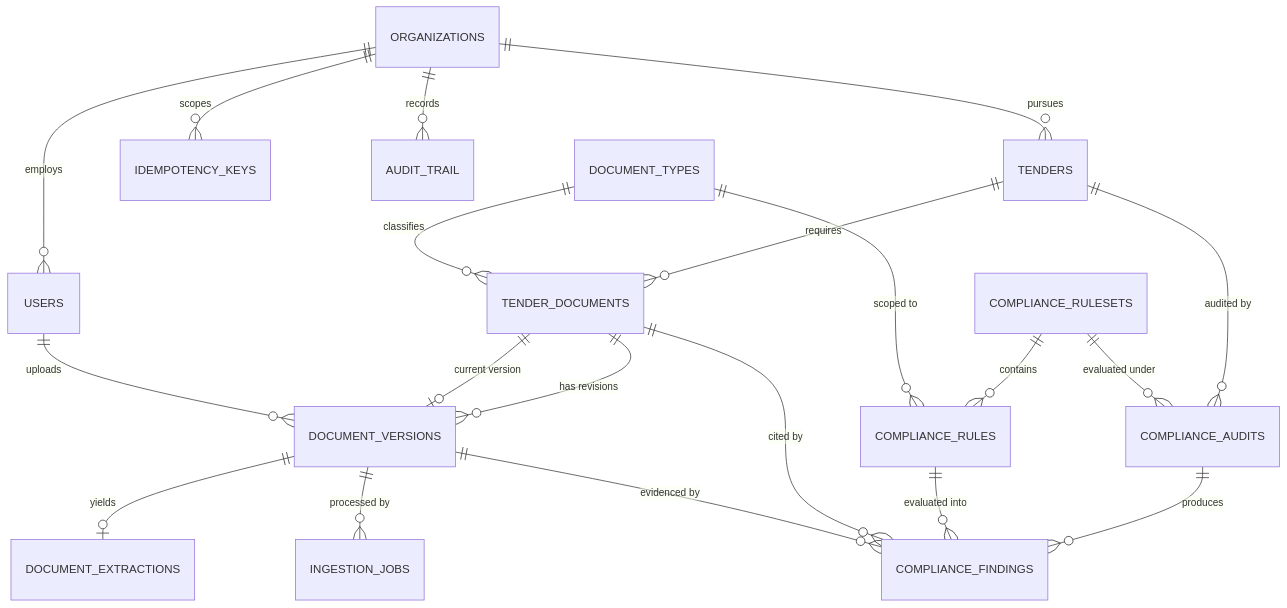
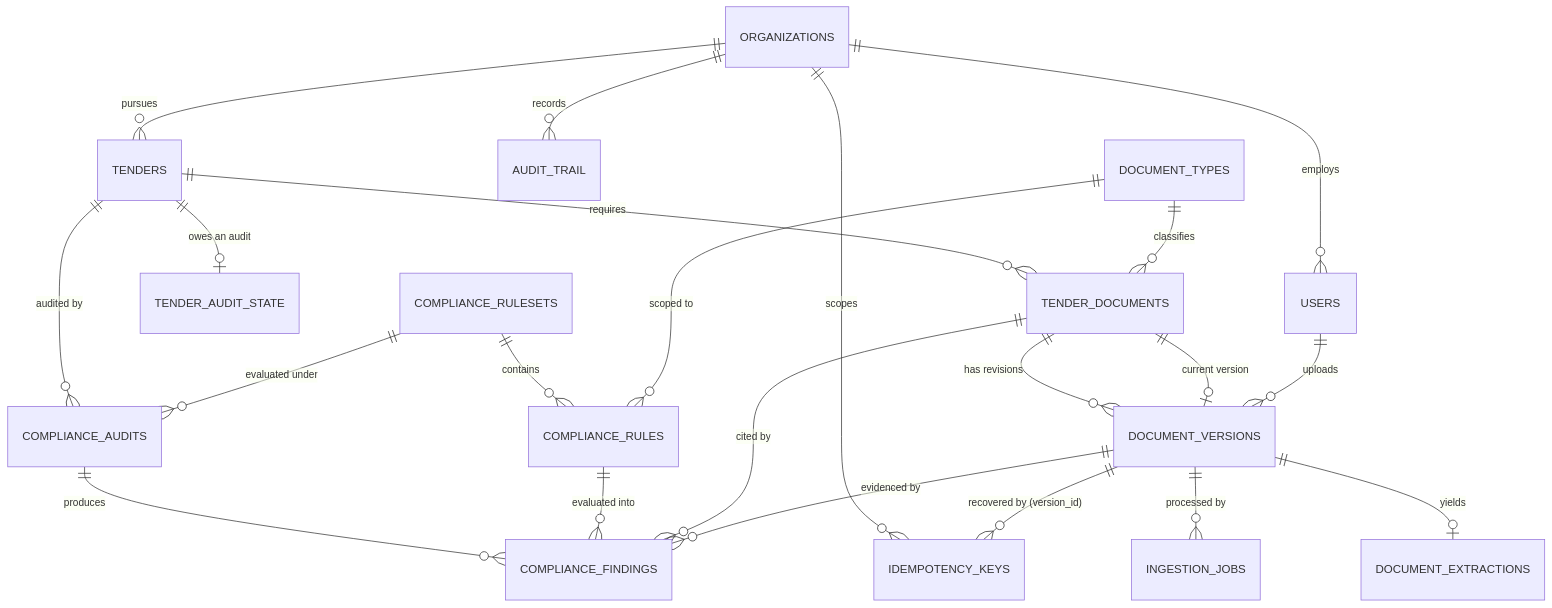
Before and after one commit to satryawiguna/vantedge-bid: the first of 3 diagrams in docs/ERD.md, drawn with Mermaid. The commit also changed other lines of this file and 86 other files, not shown here.

````diff
--- a/docs/ERD.md
+++ b/docs/ERD.md
@@ -20,24 +33,26 @@
 ```mermaid
 erDiagram
     ORGANIZATIONS   ||--o{ USERS               : employs
     ORGANIZATIONS   ||--o{ TENDERS             : pursues
     ORGANIZATIONS   ||--o{ IDEMPOTENCY_KEYS    : scopes
+    DOCUMENT_VERSIONS ||--o{ IDEMPOTENCY_KEYS  : "recovered by (version_id)"
     ORGANIZATIONS   ||--o{ AUDIT_TRAIL         : records
 
+    TENDERS         ||--o| TENDER_AUDIT_STATE  : "owes an audit"
     TENDERS         ||--o{ TENDER_DOCUMENTS    : requires
     DOCUMENT_TYPES  ||--o{ TENDER_DOCUMENTS    : classifies
     TENDER_DOCUMENTS ||--o{ DOCUMENT_VERSIONS  : "has revisions"
     TENDER_DOCUMENTS ||--o| DOCUMENT_VERSIONS  : "current version"
     DOCUMENT_VERSIONS ||--o| DOCUMENT_EXTRACTIONS : yields
     DOCUMENT_VERSIONS ||--o{ INGESTION_JOBS    : "processed by"
     USERS           ||--o{ DOCUMENT_VERSIONS   : uploads
 
     COMPLIANCE_RULESETS ||--o{ COMPLIANCE_RULES   : contains
     DOCUMENT_TYPES      ||--o{ COMPLIANCE_RULES   : "scoped to"
     TENDERS             ||--o{ COMPLIANCE_AUDITS  : "audited by"
     COMPLIANCE_RULESETS ||--o{ COMPLIANCE_AUDITS  : "evaluated under"
     COMPLIANCE_AUDITS   ||--o{ COMPLIANCE_FINDINGS : produces
     COMPLIANCE_RULES    ||--o{ COMPLIANCE_FINDINGS : "evaluated into"
     TENDER_DOCUMENTS    ||--o{ COMPLIANCE_FINDINGS : "cited by"
     DOCUMENT_VERSIONS   ||--o{ COMPLIANCE_FINDINGS : "evidenced by"
 ```
````
